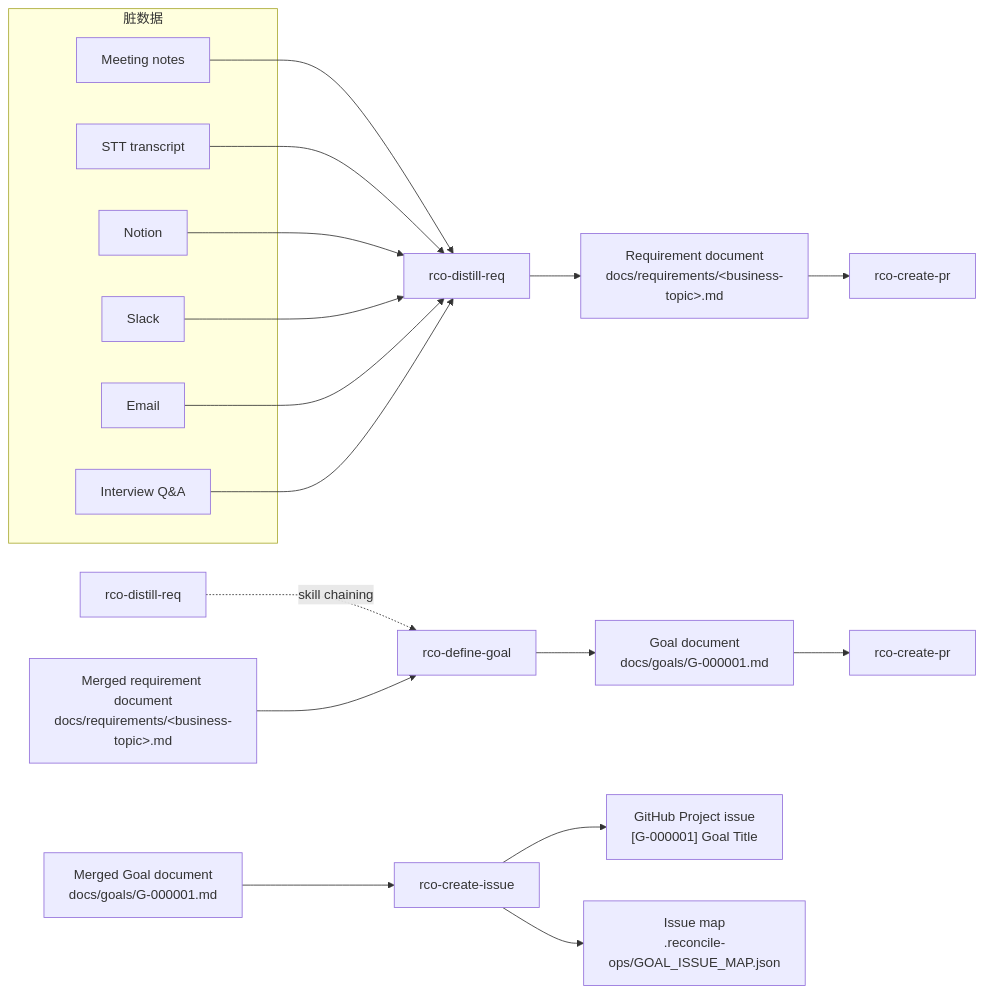
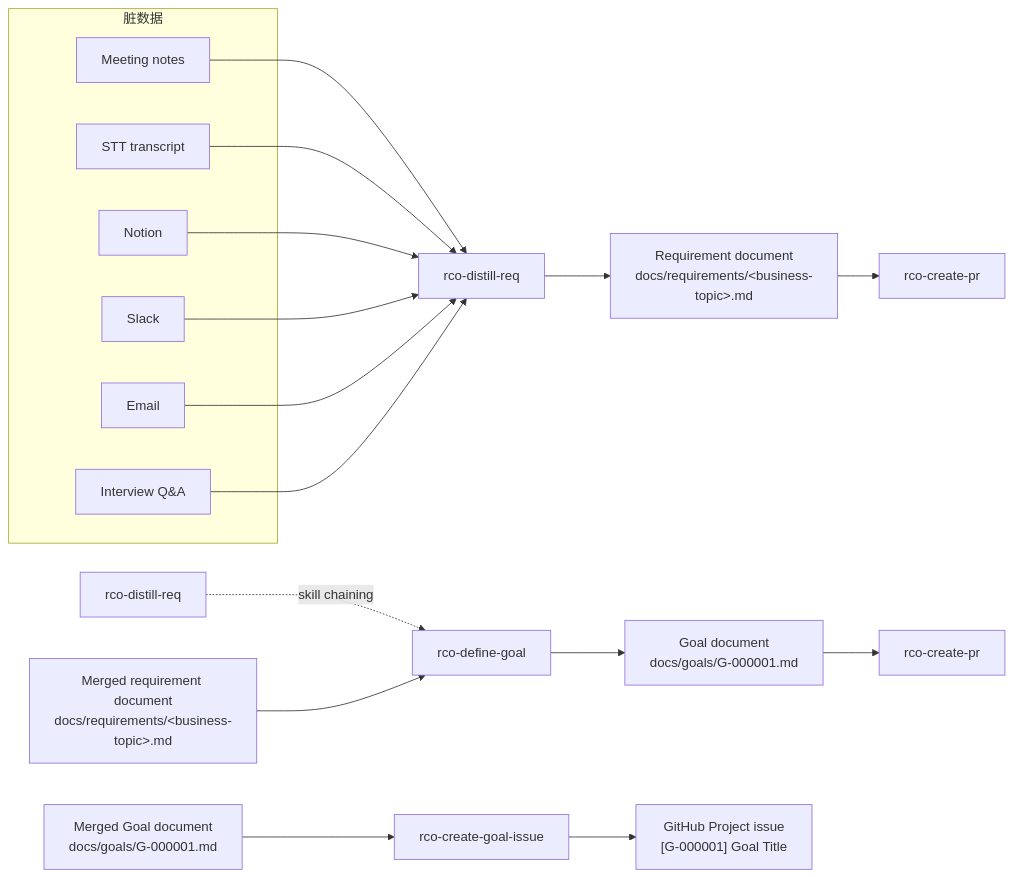
Before and after one commit to Insulinocytus/reconcile-ops: the diagram in WORKFLOW.md, drawn with Mermaid. The commit also changed 16 other files, not shown here.

First line of the commit message:
refactor(rco): redesign requirement, goal, and ADR skill suite

````diff
--- a/WORKFLOW.md
+++ b/WORKFLOW.md
@@ -3,39 +3,37 @@
 ```mermaid
 flowchart LR
   subgraph dirty["脏数据"]
     meeting["Meeting notes"]
     stt["STT transcript"]
     notion["Notion"]
     slack["Slack"]
     email["Email"]
     interview["Interview Q&A"]
   end
   distill["rco-distill-req"]
   req["Requirement document<br/>docs/requirements/&lt;business-topic&gt;.md"]
   reqPrSkill["rco-create-pr"]
 
   mergedReq["Merged requirement document<br/>docs/requirements/&lt;business-topic&gt;.md"]
   chainedDistill["rco-distill-req"]
   define["rco-define-goal"]
   goal["Goal document<br/>docs/goals/G-000001.md"]
   goalPrSkill["rco-create-pr"]
 
   mergedGoal["Merged Goal document<br/>docs/goals/G-000001.md"]
-  issueSkill["rco-create-issue"]
+  issueSkill["rco-create-goal-issue"]
   issue["GitHub Project issue<br/>[G-000001] Goal Title"]
-  map["Issue map<br/>.reconcile-ops/GOAL_ISSUE_MAP.json"]
 
   meeting --> distill
   stt --> distill
   notion --> distill
   slack --> distill
   email --> distill
   interview --> distill
   distill --> req --> reqPrSkill
 
   chainedDistill -. skill chaining .-> define
   mergedReq --> define --> goal --> goalPrSkill
 
   mergedGoal --> issueSkill --> issue
-  issueSkill --> map
 ```
````
